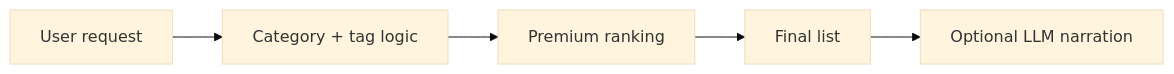
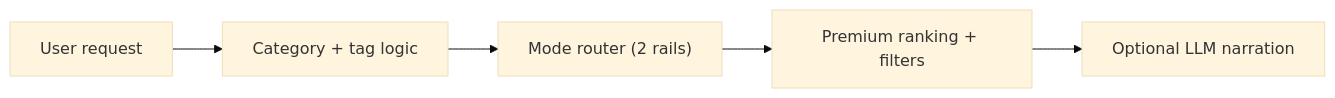
One commit to Humbl-club/Kuro-Anime-App changed the second of 6 diagrams in CURRENT_APP_STATE_PLAIN.md. Above: the diagram before and after it, drawn with Mermaid (base theme). The commit also changed other lines of this file and 2 other files, not shown here.

````diff
--- a/CURRENT_APP_STATE_PLAIN.md
+++ b/CURRENT_APP_STATE_PLAIN.md
@@ -108,7 +112,7 @@
 ```mermaid
 flowchart LR
   A[User request] --> B[Category + tag logic]
-  B --> C[Premium ranking]
-  C --> D[Final list]
+  B --> C["Mode router (2 rails)"]
+  C --> D[Premium ranking + filters]
   D --> E[Optional LLM narration]
 ```
````
